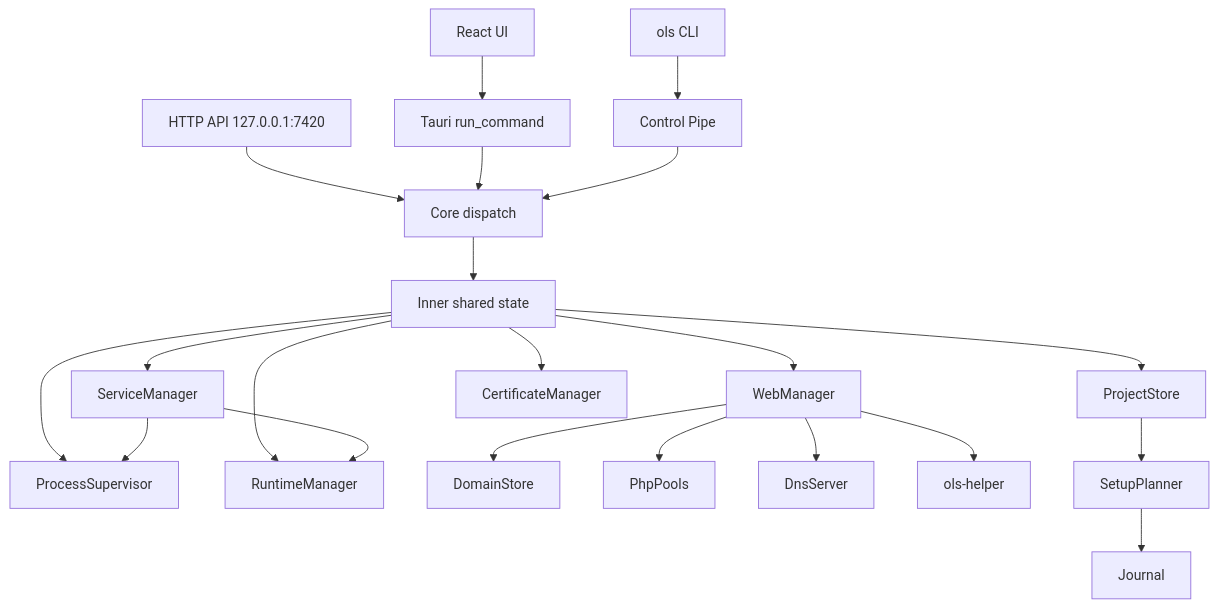
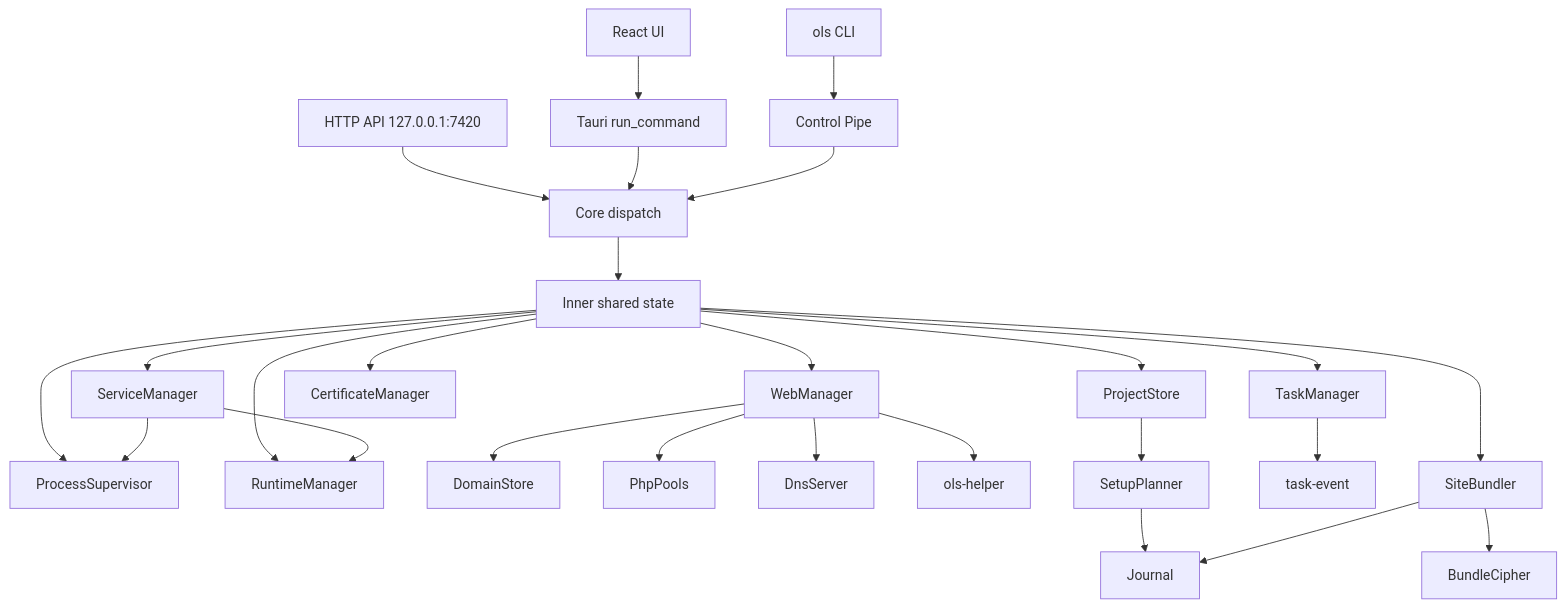
One commit to kz370/OpenLocalServer changed the diagram in specs/diagrams/architecture.mmd. Above: the diagram before and after it, drawn with Mermaid. The commit also changed 16 other files, not shown here.

First line of the commit message:
feat: add site bundle export and import functionality

```diff
--- a/specs/diagrams/architecture.mmd
+++ b/specs/diagrams/architecture.mmd
@@ -1,21 +1,26 @@
 graph TB
   UI[React UI] --> IPC[Tauri run_command]
   CLI[ols CLI] --> PIPE[Control Pipe]
   API[HTTP API 127.0.0.1:7420] --> CORE[Core dispatch]
   IPC --> CORE
   PIPE --> CORE
   CORE --> INNER[Inner shared state]
   INNER --> PROC[ProcessSupervisor]
   INNER --> RT[RuntimeManager]
   INNER --> SVC[ServiceManager]
   INNER --> WEB[WebManager]
   INNER --> PROJ[ProjectStore]
   INNER --> CERT[CertificateManager]
   WEB --> DOM[DomainStore]
   WEB --> PHP[PhpPools]
   WEB --> DNS[DnsServer]
   WEB --> HELP[ols-helper]
   SVC --> RT
   SVC --> PROC
   PROJ --> SETUP[SetupPlanner]
   SETUP --> JOUR[Journal]
+  INNER --> TASKS[TaskManager]
+  TASKS --> TEVENT[task-event]
+  INNER --> BUNDLE[SiteBundler]
+  BUNDLE --> CRYPTO[BundleCipher]
+  BUNDLE --> JOUR
```
